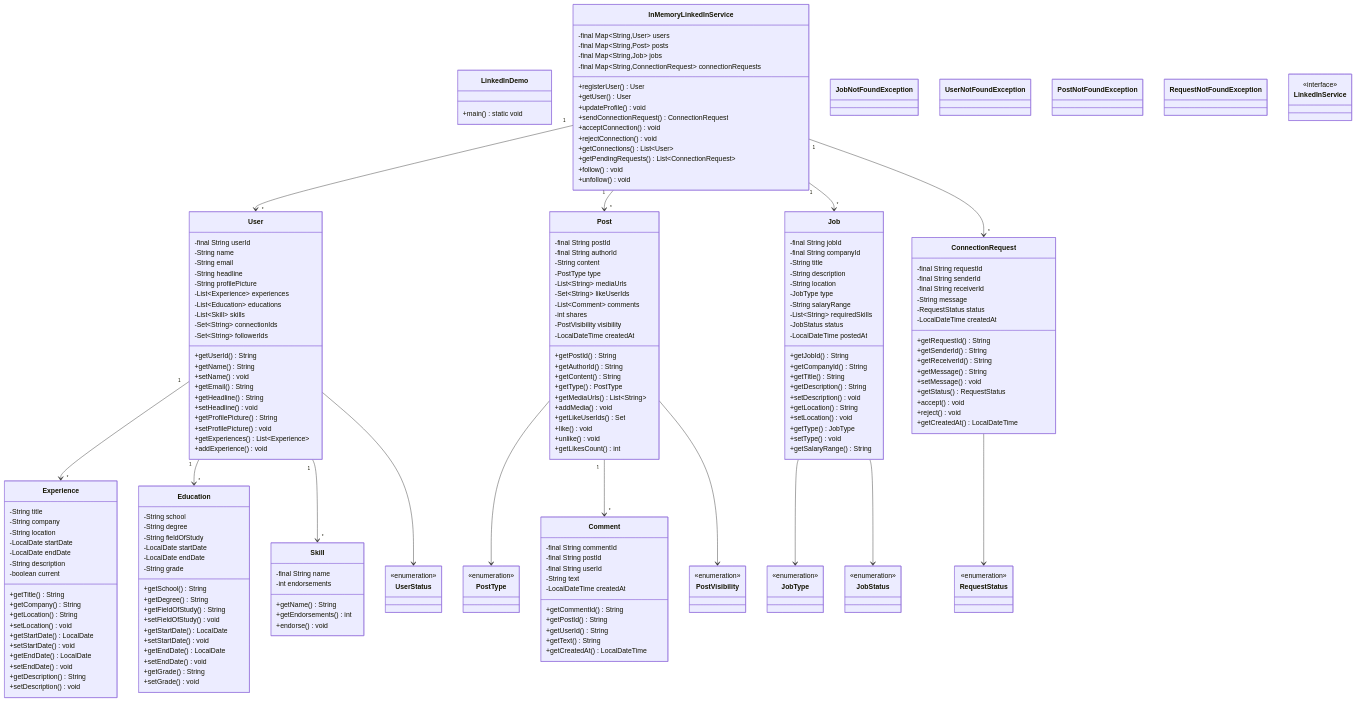
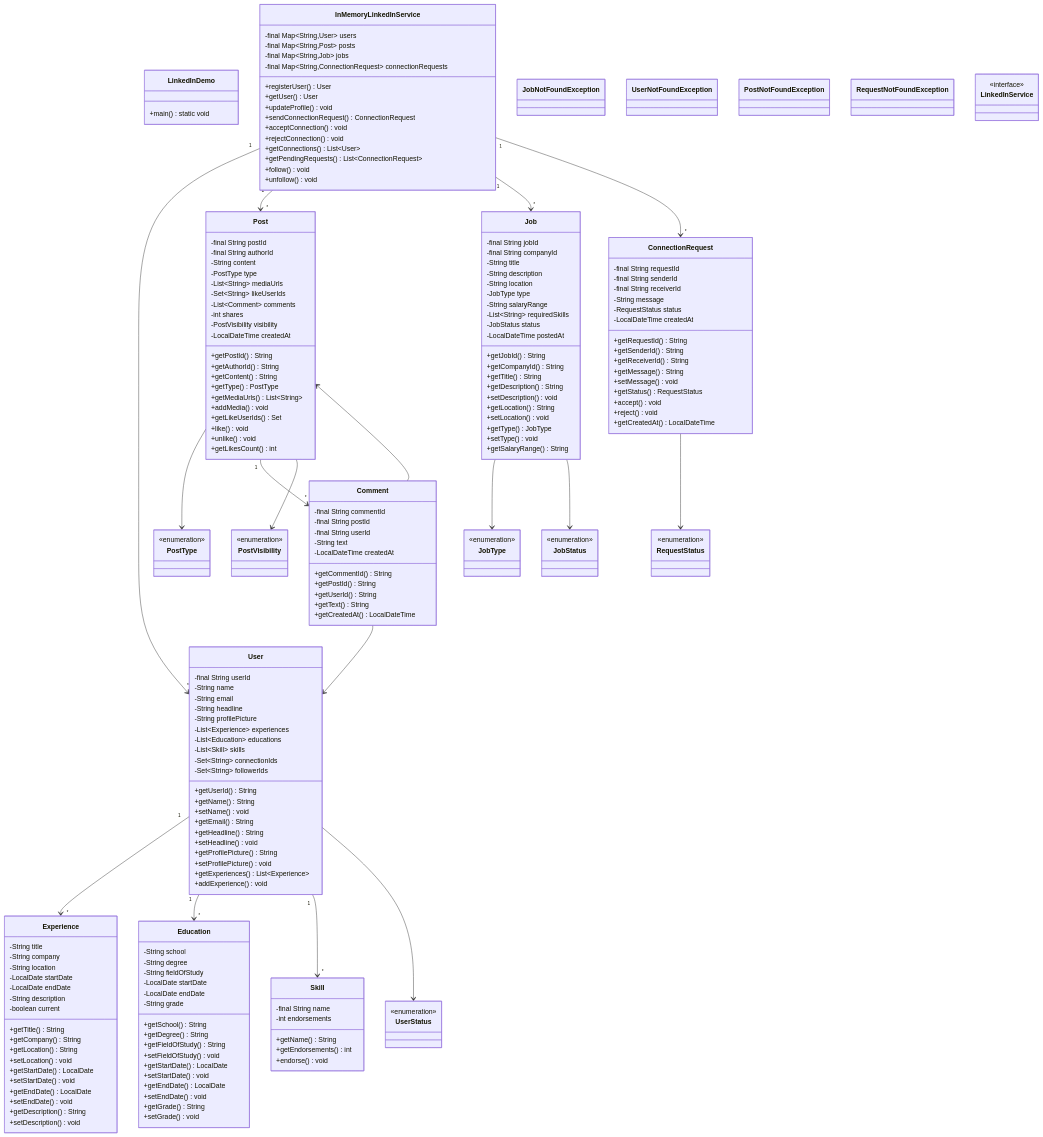
The diagram in docs/problems/linkedin/README.md (dlkr18/lld-playbook), drawn with Mermaid before and after one commit. The commit also changed 61 other files, not shown here.

````diff
--- a/docs/problems/linkedin/README.md
+++ b/docs/problems/linkedin/README.md
@@ -301,4 +301,6 @@
     User "1" --> "*" Education
     User "1" --> "*" Skill
     User --> UserStatus
+    Comment --> Post
+    Comment --> User
 ```
````
